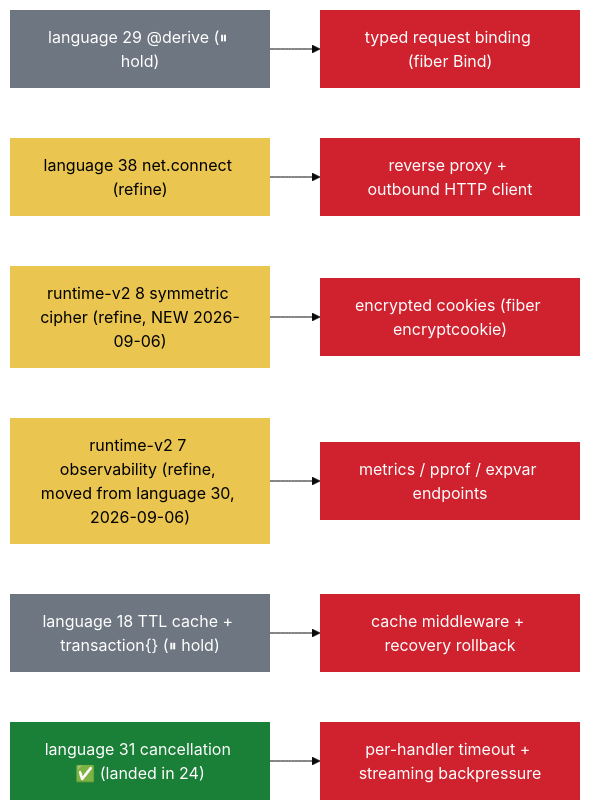
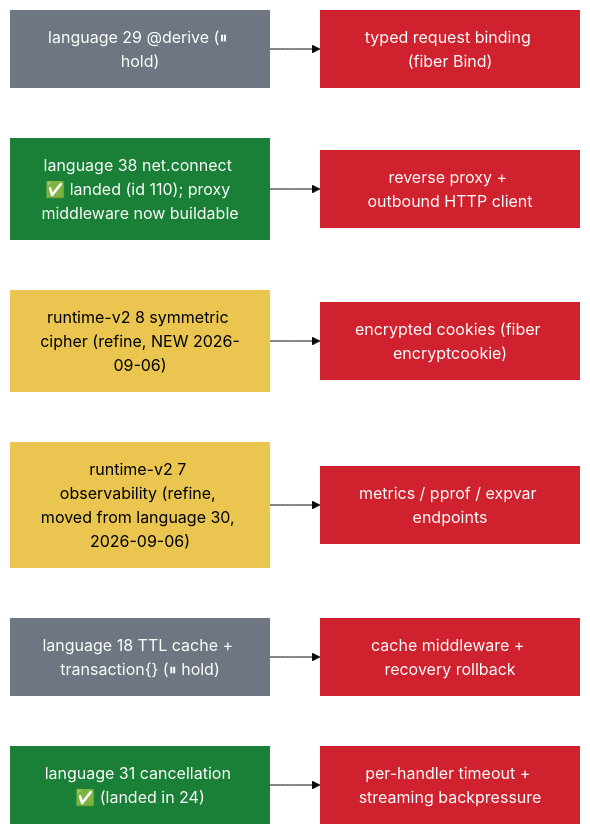
Before and after one commit to shoneyJ/writeonce: the sixth of 8 diagrams in docs/00-dependency-graph.md, drawn with Mermaid (base theme). The commit also changed other lines of this file and 1 other file, not shown here.

First line of the commit message:
docs(jarvis): sync jarvis dependencies to landed state + dependency graph

````diff
--- a/docs/00-dependency-graph.md
+++ b/docs/00-dependency-graph.md
@@ -337,28 +337,28 @@
 ```mermaid
 flowchart LR
     classDef done fill:#1a7f37,color:#fff,stroke:none
     classDef refine fill:#eac54f,color:#000,stroke:none
     classDef held fill:#6e7781,color:#fff,stroke:none
     classDef gap fill:#cf222e,color:#fff,stroke:none
 
     L29["language 29 @derive (⏸ hold)"]:::held
-    L38["language 38 net.connect (refine)"]:::refine
+    L38["language 38 net.connect ✅ landed (id 110); proxy middleware now buildable"]:::done
     L43["runtime-v2 8 symmetric cipher (refine, NEW 2026-09-06)"]:::refine
     L30["runtime-v2 7 observability (refine, moved from language 30, 2026-09-06)"]:::refine
     L18["language 18 TTL cache + transaction{} (⏸ hold)"]:::held
     L31["language 31 cancellation ✅ (landed in 24)"]:::done
 
     BIND["typed request binding (fiber Bind)"]:::gap
     PROXY["reverse proxy + outbound HTTP client"]:::gap
     ENC["encrypted cookies (fiber encryptcookie)"]:::gap
     METRICS["metrics / pprof / expvar endpoints"]:::gap
     CACHE["cache middleware + recovery rollback"]:::gap
     TIMEOUT["per-handler timeout + streaming backpressure"]:::gap
 
     L29 --> BIND
     L38 --> PROXY
     L43 --> ENC
     L30 --> METRICS
     L18 --> CACHE
     L31 --> TIMEOUT
 ```
````
